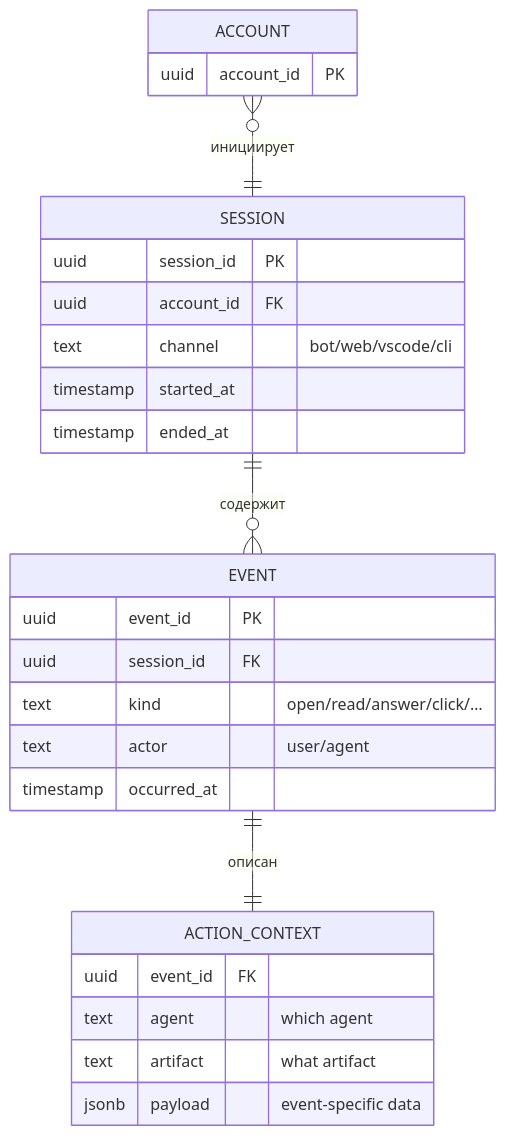
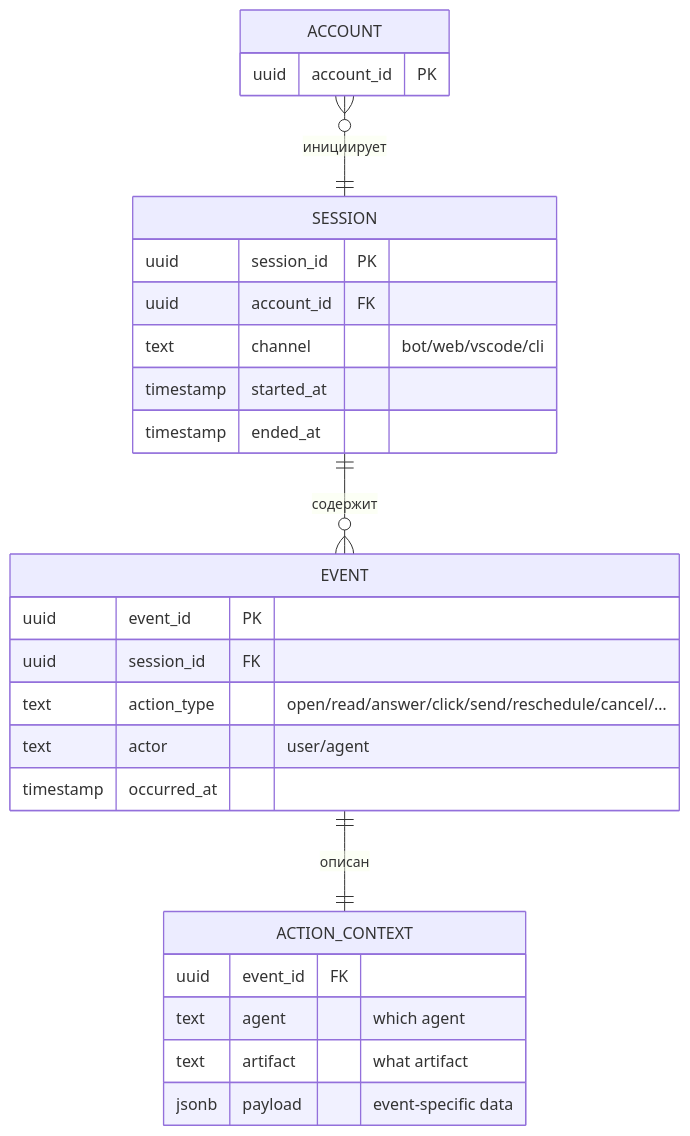
Before and after one commit to TserenTserenov/PACK-digital-platform: the third of 17 diagrams in pack/digital-platform/02-domain-entities/DP.ARCH.004-neon-data-architecture.md, drawn with Mermaid. The commit also changed other lines of this file and 2 other files, not shown here.

````diff
--- a/pack/digital-platform/02-domain-entities/DP.ARCH.004-neon-data-architecture.md
+++ b/pack/digital-platform/02-domain-entities/DP.ARCH.004-neon-data-architecture.md
@@ -399,30 +399,30 @@
 ```mermaid
 erDiagram
     SESSION ||--o{ EVENT : "содержит"
     EVENT ||--|| ACTION_CONTEXT : "описан"
     ACCOUNT }o--|| SESSION : "инициирует"
 
     SESSION {
         uuid session_id PK
         uuid account_id FK
         text channel "bot/web/vscode/cli"
         timestamp started_at
         timestamp ended_at
     }
     EVENT {
         uuid event_id PK
         uuid session_id FK
-        text kind "open/read/answer/click/…"
+        text action_type "open/read/answer/click/send/reschedule/cancel/…"
         text actor "user/agent"
         timestamp occurred_at
     }
     ACTION_CONTEXT {
         uuid event_id FK
         text agent "which agent"
         text artifact "what artifact"
         jsonb payload "event-specific data"
     }
     ACCOUNT {
         uuid account_id PK
     }
 ```
````
